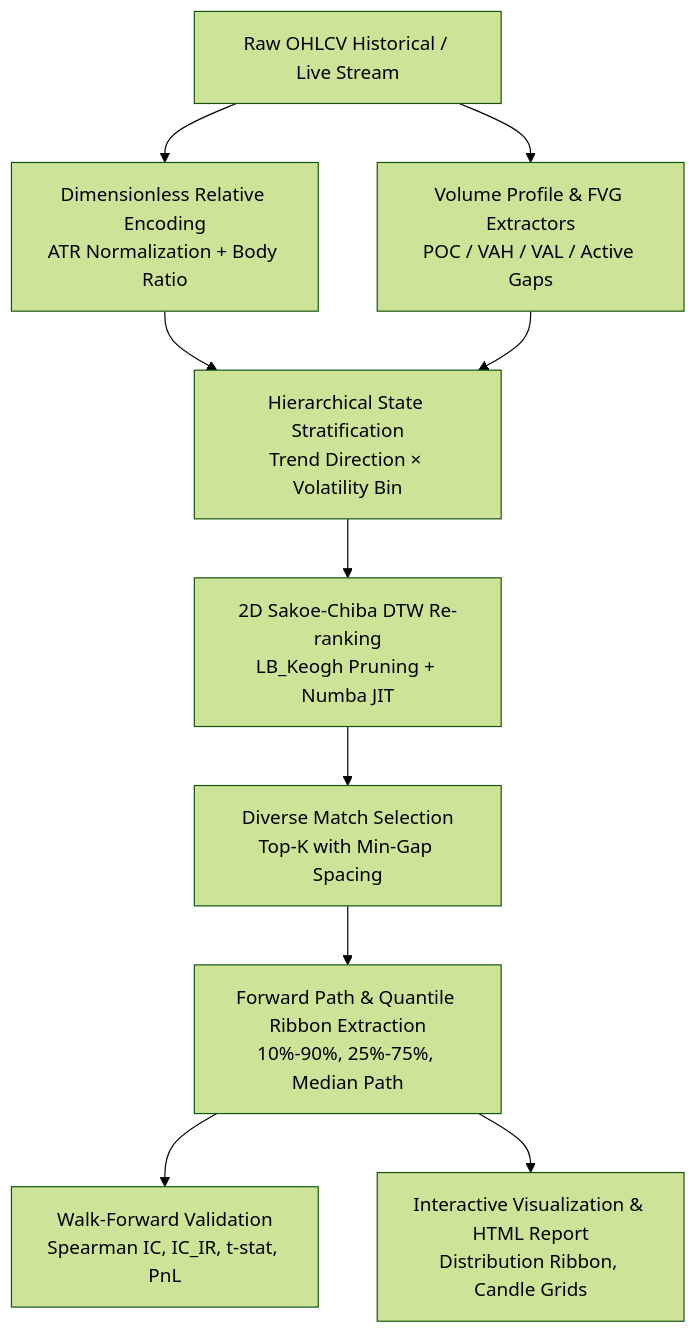
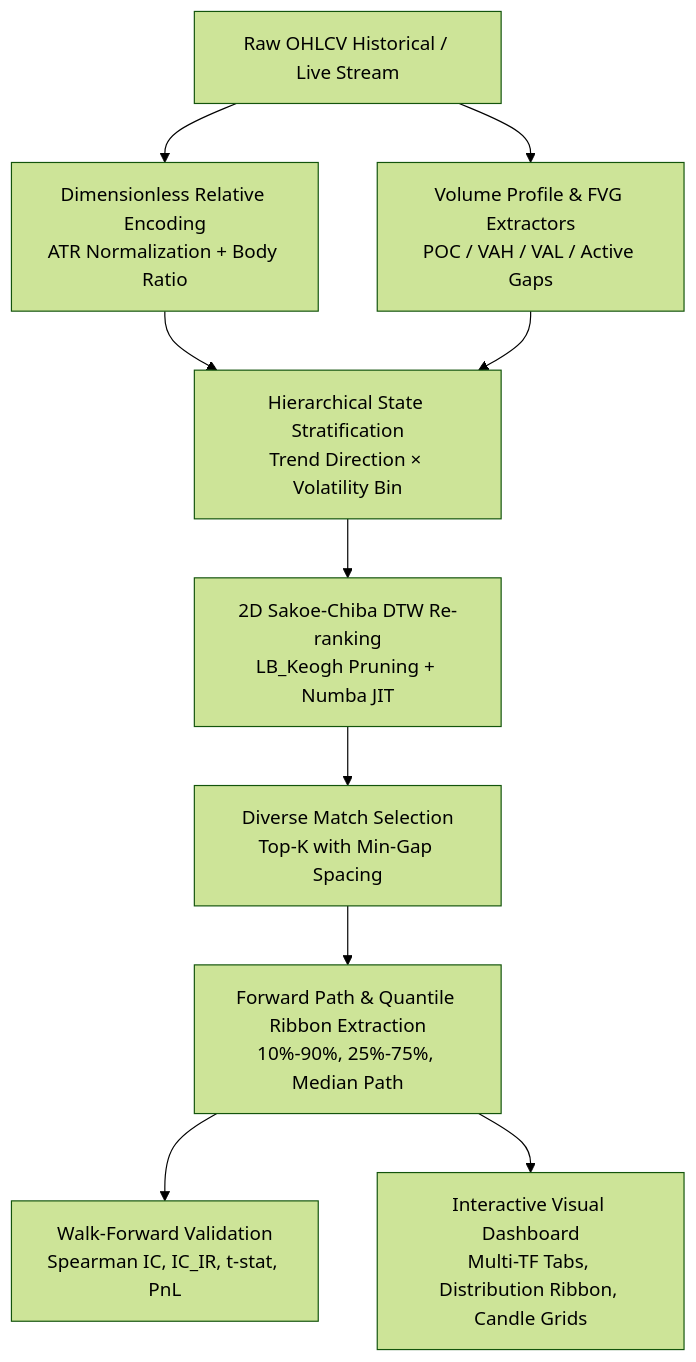
One commit to simom1/CandleWarp changed the diagram in README_EN.md. Above: the diagram before and after it, drawn with Mermaid (forest theme). The commit also changed other lines of this file and 1 other file, not shown here.

Commit message:
docs: update README with zero-dependency client dashboard and multi-timeframe benchmark links

````diff
--- a/README_EN.md
+++ b/README_EN.md
@@ -34,11 +35,11 @@
 ```mermaid
 flowchart TD
     A[Raw OHLCV Historical / Live Stream] --> B[Dimensionless Relative Encoding\nATR Normalization + Body Ratio]
     A --> VP[Volume Profile & FVG Extractors\nPOC / VAH / VAL / Active Gaps]
     B & VP --> C[Hierarchical State Stratification\nTrend Direction × Volatility Bin]
     C --> D[2D Sakoe-Chiba DTW Re-ranking\nLB_Keogh Pruning + Numba JIT]
     D --> E[Diverse Match Selection\nTop-K with Min-Gap Spacing]
     E --> F[Forward Path & Quantile Ribbon Extraction\n10%-90%, 25%-75%, Median Path]
     F --> G[Walk-Forward Validation\nSpearman IC, IC_IR, t-stat, PnL]
-    F --> H[Interactive Visualization & HTML Report\nDistribution Ribbon, Candle Grids]
+    F --> H[Interactive Visual Dashboard\nMulti-TF Tabs, Distribution Ribbon, Candle Grids]
 ```
````
